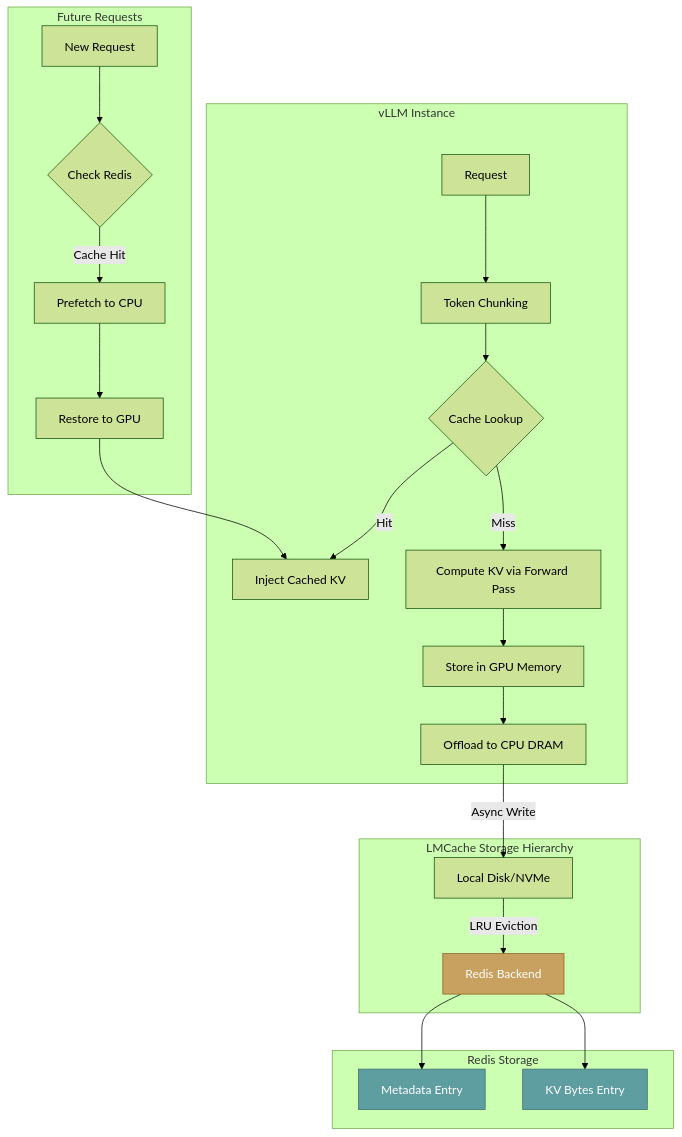
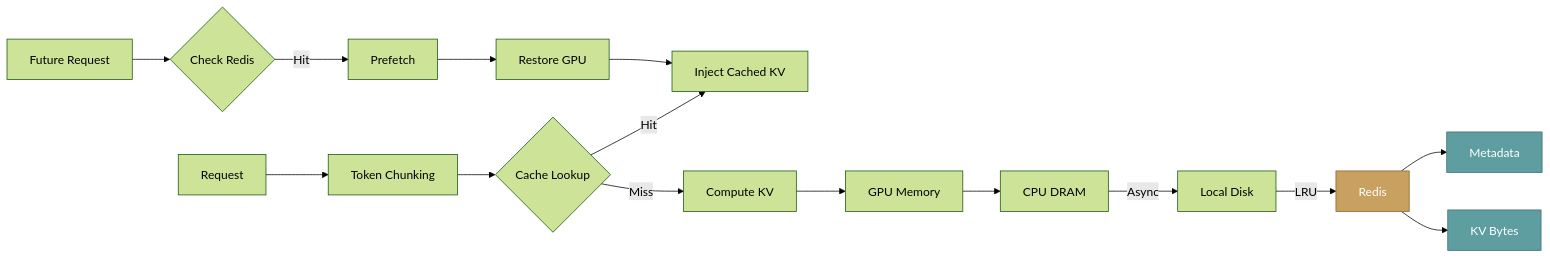
One commit to bet0x/barrahome-2026 changed the first of 2 diagrams in 2026/02/08/lmcache-redis-distributed-kv-cache.md. Above: the diagram before and after it, drawn with Mermaid (forest theme).

Commit message:
Simplify architecture diagram: change to horizontal layout, remove subgraphs, shorten labels

```diff
--- a/2026/02/08/lmcache-redis-distributed-kv-cache.md
+++ b/2026/02/08/lmcache-redis-distributed-kv-cache.md
@@ -100,28 +100,20 @@
 <div class="mermaid">
-graph TB
-    subgraph vLLM_Instance[vLLM Instance]
-        A[Request] --> B[Token Chunking]
-        B --> C{Cache Lookup}
-        C -->|Hit| D[Inject Cached KV]
-        C -->|Miss| E[Compute KV via Forward Pass]
-        E --> F[Store in GPU Memory]
-        F --> G[Offload to CPU DRAM]
-    end
-    subgraph Storage_Hierarchy[LMCache Storage Hierarchy]
-        G -->|Async Write| H[Local Disk/NVMe]
-        H -->|LRU Eviction| I[Redis Backend]
-    end
-    subgraph Redis_Storage[Redis Storage]
-        I --> J[Metadata Entry]
-        I --> K[KV Bytes Entry]
-    end
-    subgraph Future_Requests[Future Requests]
-        L[New Request] --> M{Check Redis}
-        M -->|Cache Hit| N[Prefetch to CPU]
-        N --> O[Restore to GPU]
-        O --> D
-    end
+graph LR
+    A[Request] --> B[Token Chunking]
+    B --> C{Cache Lookup}
+    C -->|Hit| D[Inject Cached KV]
+    C -->|Miss| E[Compute KV]
+    E --> F[GPU Memory]
+    F --> G[CPU DRAM]
+    G -->|Async| H[Local Disk]
+    H -->|LRU| I[Redis]
+    I --> J[Metadata]
+    I --> K[KV Bytes]
+    L[Future Request] --> M{Check Redis}
+    M -->|Hit| N[Prefetch]
+    N --> O[Restore GPU]
+    O --> D
     style I fill:#c8a060,stroke:#8a6520,color:#fff
     style J fill:#5f9ea0,stroke:#3d6e70,color:#fff
     style K fill:#5f9ea0,stroke:#3d6e70,color:#fff
 </div>
```
